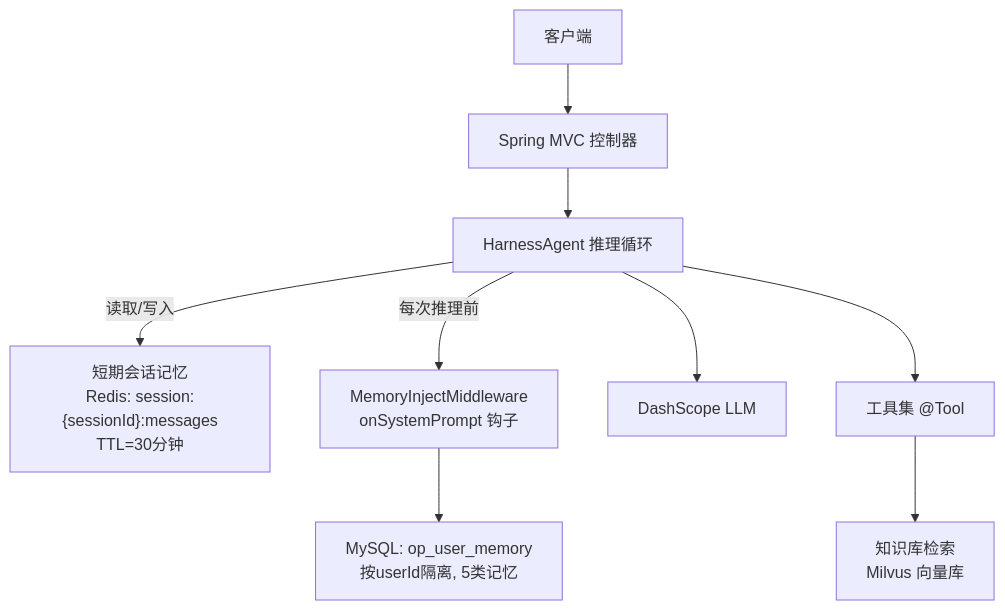
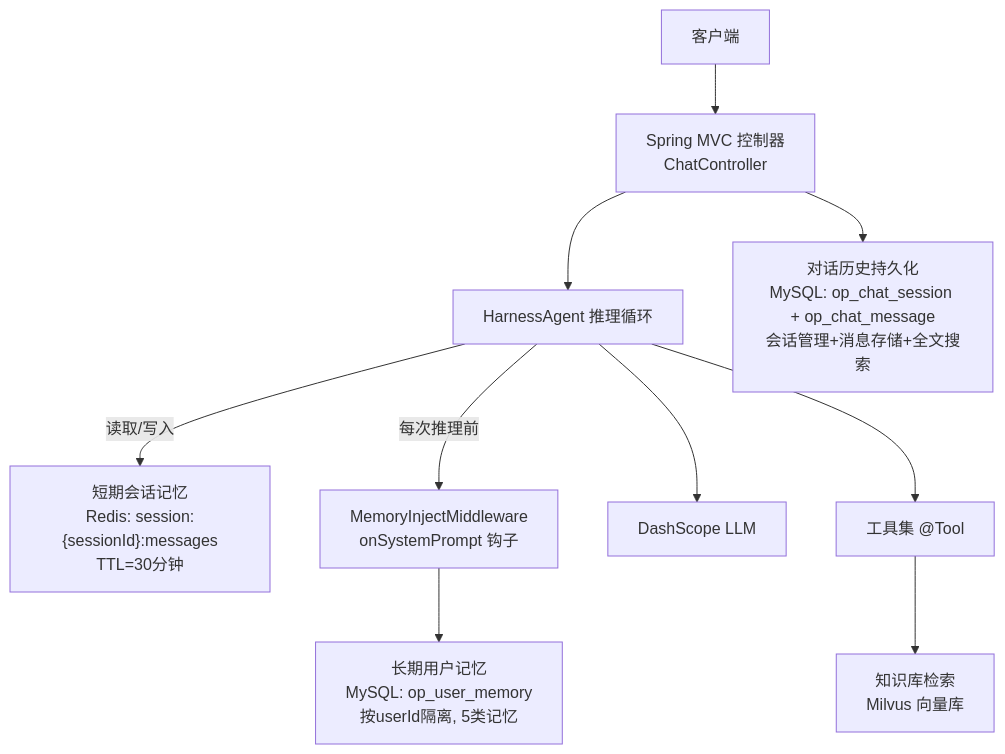
Before and after one commit to Miss-zhi/OfferPilot: the first of 7 diagrams in .qoder/repowiki/zh/content/记忆与状态管理.md, drawn with Mermaid. The commit also changed other lines of this file and 25 other files, not shown here.

````diff
--- a/.qoder/repowiki/zh/content/记忆与状态管理.md
+++ b/.qoder/repowiki/zh/content/记忆与状态管理.md
@@ -21,11 +29,12 @@
 ```mermaid
 graph TB
-Client["客户端"] --> API["Spring MVC 控制器"]
+Client["客户端"] --> API["Spring MVC 控制器<br/>ChatController"]
 API --> Agent["HarnessAgent 推理循环"]
 Agent --> |读取/写入| ShortTerm["短期会话记忆<br/>Redis: session:{sessionId}:messages<br/>TTL=30分钟"]
 Agent --> |每次推理前| Middleware["MemoryInjectMiddleware<br/>onSystemPrompt 钩子"]
-Middleware --> DB["MySQL: op_user_memory<br/>按userId隔离, 5类记忆"]
+Middleware --> UserMemory["长期用户记忆<br/>MySQL: op_user_memory<br/>按userId隔离, 5类记忆"]
 Agent --> LLM["DashScope LLM"]
 Agent --> Tools["工具集 @Tool"]
 Tools --> KB["知识库检索<br/>Milvus 向量库"]
+API --> ChatHistory["对话历史持久化<br/>MySQL: op_chat_session + op_chat_message<br/>会话管理+消息存储+全文搜索"]
 ```
````
